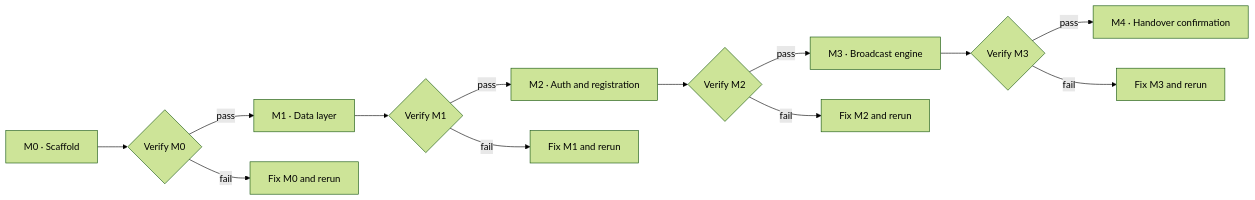
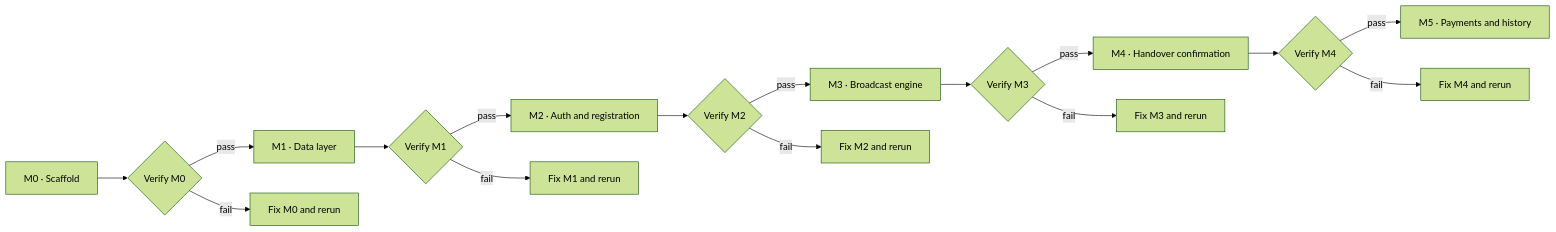
Before and after one commit to aneeskodappana/move-india: the diagram in docs/milestone-verification.md, drawn with Mermaid (forest theme). The commit also changed other lines of this file and 1 other file, not shown here.

Commit message:
docs: record M4 verification pass

````diff
--- a/docs/milestone-verification.md
+++ b/docs/milestone-verification.md
@@ -5,15 +5,18 @@
 ```mermaid
 flowchart LR
     M0[M0 · Scaffold] --> V0{Verify M0}
     V0 -->|pass| M1[M1 · Data layer]
     V0 -->|fail| F0[Fix M0 and rerun]
     M1 --> V1{Verify M1}
     V1 -->|pass| M2[M2 · Auth and registration]
     V1 -->|fail| F1[Fix M1 and rerun]
     M2 --> V2{Verify M2}
     V2 -->|pass| M3[M3 · Broadcast engine]
     V2 -->|fail| F2[Fix M2 and rerun]
     M3 --> V3{Verify M3}
     V3 -->|pass| M4[M4 · Handover confirmation]
     V3 -->|fail| F3[Fix M3 and rerun]
+    M4 --> V4{Verify M4}
+    V4 -->|pass| M5[M5 · Payments and history]
+    V4 -->|fail| F4[Fix M4 and rerun]
 ```
````
